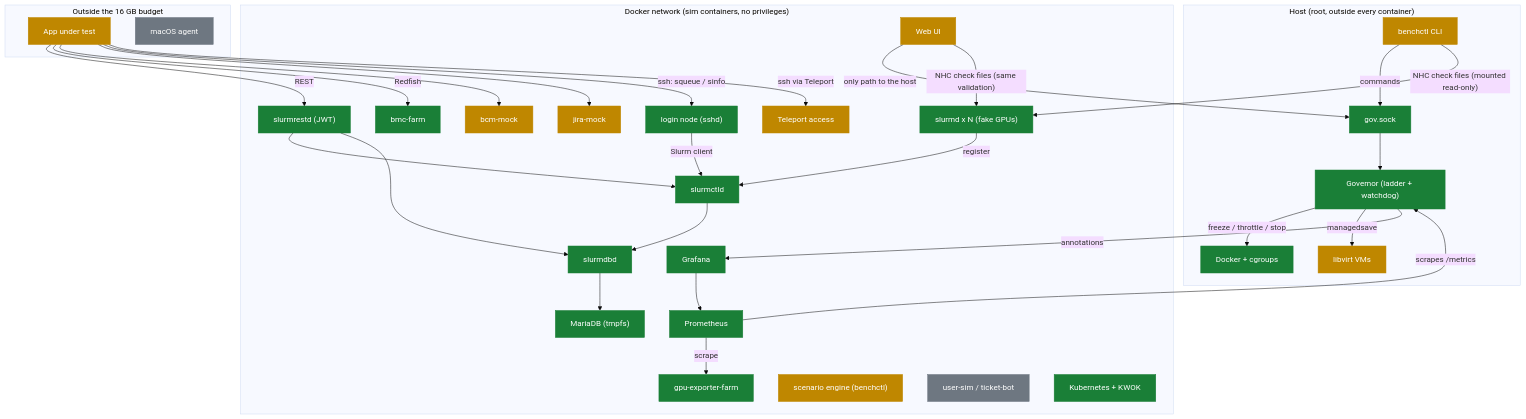
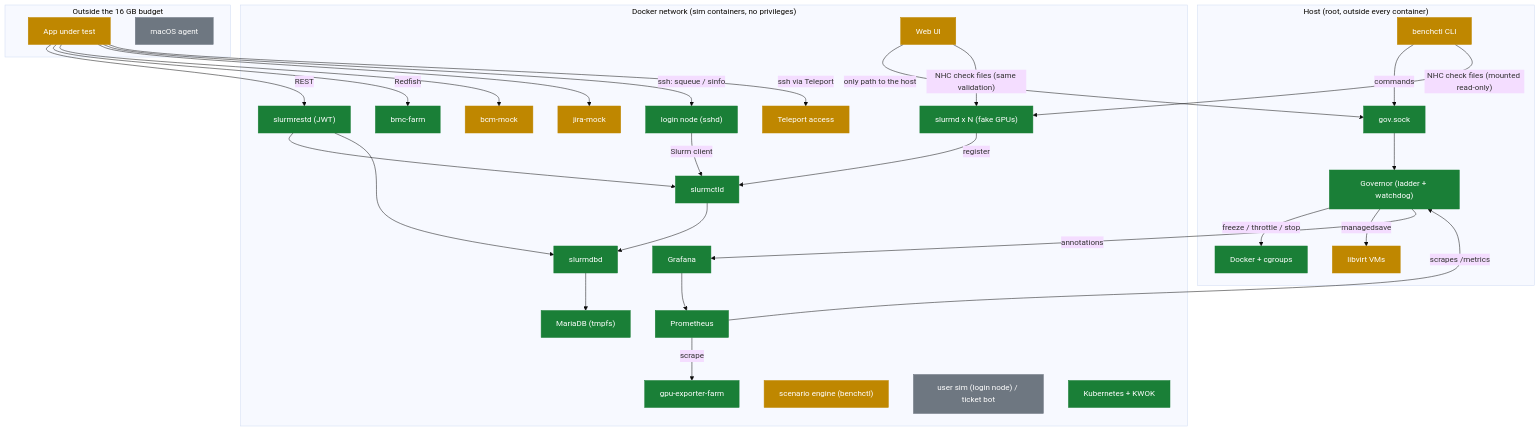
Before and after one commit to AhmedYousriSobhi/workbench: the second of 2 diagrams in docs/PROGRESS.md, drawn with Mermaid (base theme). The commit also changed other lines of this file and 42 other files, not shown here.

First line of the commit message:
chore: remove the scenario-engine, user-sim and ticket-bot placeholders, their parts and the ticket-bot target (#473)

````diff
--- a/docs/PROGRESS.md
+++ b/docs/PROGRESS.md
@@ -32,60 +32,60 @@
 ```mermaid
 flowchart TB
     subgraph host["Host (root, outside every container)"]
         benchctl["benchctl CLI"]:::partial
         gov["Governor (ladder + watchdog)"]:::done
         sock["gov.sock"]:::done
         docker["Docker + cgroups"]:::done
         libvirt["libvirt VMs"]:::partial
     end
     subgraph net["Docker network (sim containers, no privileges)"]
         ctld["slurmctld"]:::done
         slurmd["slurmd x N (fake GPUs)"]:::done
         restd["slurmrestd (JWT)"]:::done
         dbd["slurmdbd"]:::done
         maria["MariaDB (tmpfs)"]:::done
         prom["Prometheus"]:::done
         graf["Grafana"]:::done
         gpux["gpu-exporter-farm"]:::done
         bmc["bmc-farm"]:::done
         bcm["bcm-mock"]:::partial
         jira["jira-mock"]:::partial
         login["login node (sshd)"]:::done
         tele["Teleport access"]:::partial
         chaos["scenario engine (benchctl)"]:::partial
-        users["user-sim / ticket-bot"]:::todo
+        users["user sim (login node) / ticket bot"]:::todo
         k8s["Kubernetes + KWOK"]:::done
         webui["Web UI"]:::partial
     end
     subgraph ext["Outside the 16 GB budget"]
         app["App under test"]:::partial
         mac["macOS agent"]:::todo
     end
     benchctl -->|"commands"| sock
     sock --> gov
     gov -->|"freeze / throttle / stop"| docker
     gov -->|"managedsave"| libvirt
     prom -->|"scrapes /metrics"| gov
     gov -->|"annotations"| graf
     slurmd -->|"register"| ctld
     restd --> ctld
     restd --> dbd
     ctld --> dbd
     dbd --> maria
     prom -->|"scrape"| gpux
     graf --> prom
     webui -->|"only path to the host"| sock
     benchctl -->|"NHC check files (mounted read-only)"| slurmd
     webui -->|"NHC check files (same validation)"| slurmd
     app -->|"REST"| restd
     app -->|"Redfish"| bmc
     app --> bcm
     app --> jira
     app -->|"ssh: squeue / sinfo"| login
     login -->|"Slurm client"| ctld
     app -->|"ssh via Teleport"| tele
     classDef done fill:#1a7f37,stroke:#1a7f37,color:#fff
     classDef review fill:#0969da,stroke:#0969da,color:#fff
     classDef partial fill:#bf8700,stroke:#bf8700,color:#fff
     classDef todo fill:#6e7781,stroke:#6e7781,color:#fff
 ```
````
